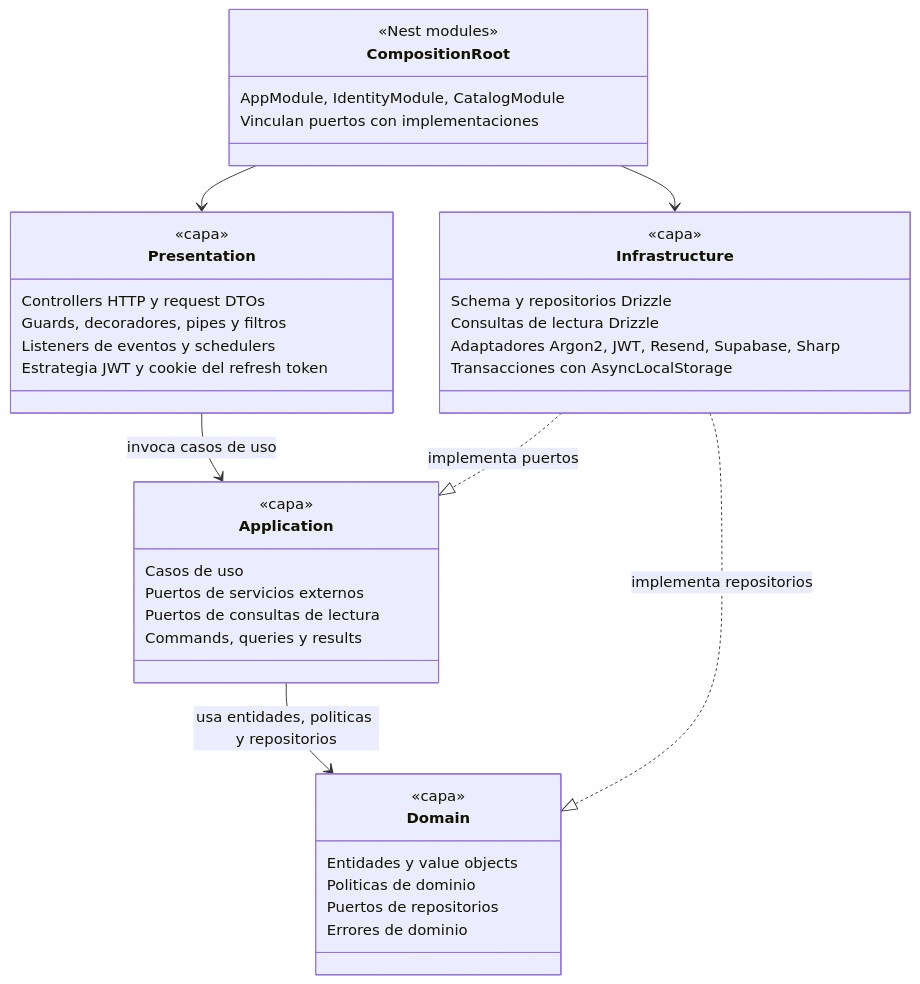
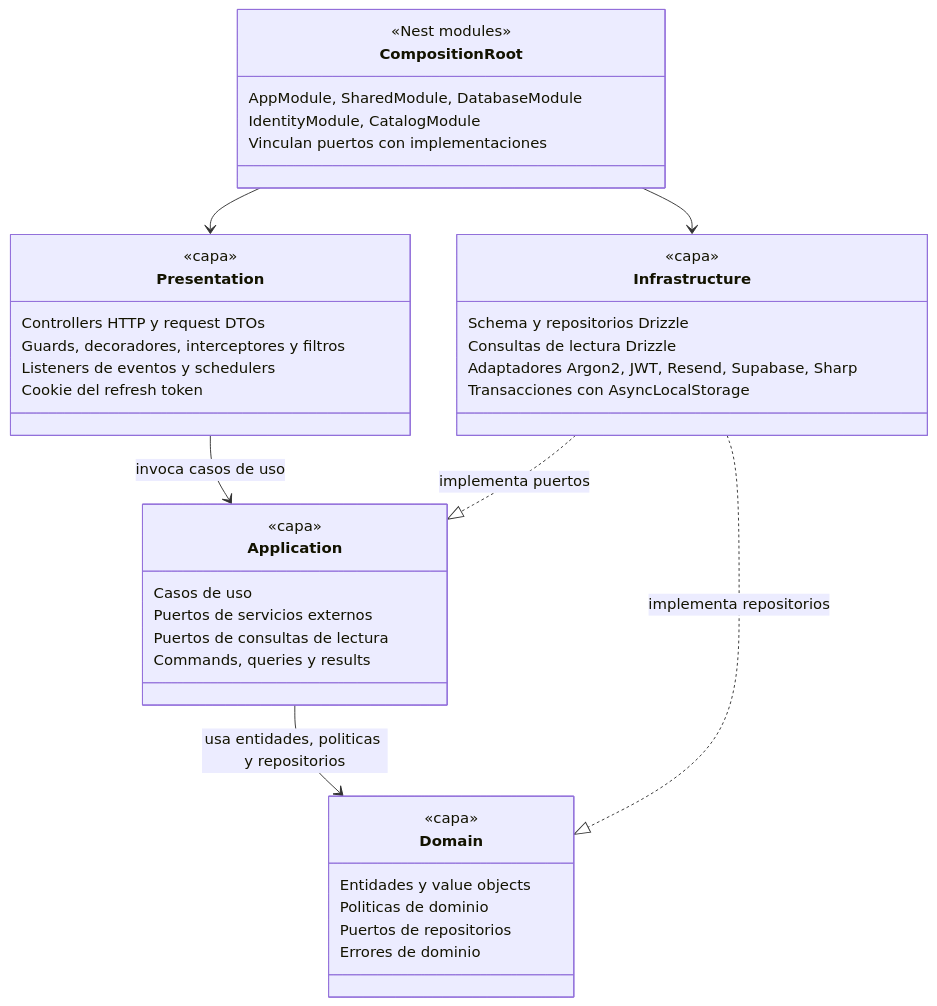
Before and after one commit to FrancoGhilardi/TFI-TUP-Ghilardi-Chiaravalloti: the first of 11 diagrams in backend/docs/Backend.md, drawn with Mermaid. The commit also changed other lines of this file and 6 other files, not shown here.

````diff
--- a/backend/docs/Backend.md
+++ b/backend/docs/Backend.md
@@ -20,43 +20,44 @@
 ```mermaid
 classDiagram
     class Presentation {
         <<capa>>
         Controllers HTTP y request DTOs
-        Guards, decoradores, pipes y filtros
+        Guards, decoradores, interceptores y filtros
         Listeners de eventos y schedulers
-        Estrategia JWT y cookie del refresh token
+        Cookie del refresh token
     }
     class Application {
         <<capa>>
         Casos de uso
         Puertos de servicios externos
         Puertos de consultas de lectura
         Commands, queries y results
     }
     class Domain {
         <<capa>>
         Entidades y value objects
         Politicas de dominio
         Puertos de repositorios
         Errores de dominio
     }
     class Infrastructure {
         <<capa>>
         Schema y repositorios Drizzle
         Consultas de lectura Drizzle
         Adaptadores Argon2, JWT, Resend, Supabase, Sharp
         Transacciones con AsyncLocalStorage
     }
     class CompositionRoot {
         <<Nest modules>>
-        AppModule, IdentityModule, CatalogModule
+        AppModule, SharedModule, DatabaseModule
+        IdentityModule, CatalogModule
         Vinculan puertos con implementaciones
     }
 
     Presentation --> Application : invoca casos de uso
     Application --> Domain : usa entidades, politicas y repositorios
     Infrastructure ..|> Domain : implementa repositorios
     Infrastructure ..|> Application : implementa puertos
     CompositionRoot --> Presentation
     CompositionRoot --> Infrastructure
 ```
````
